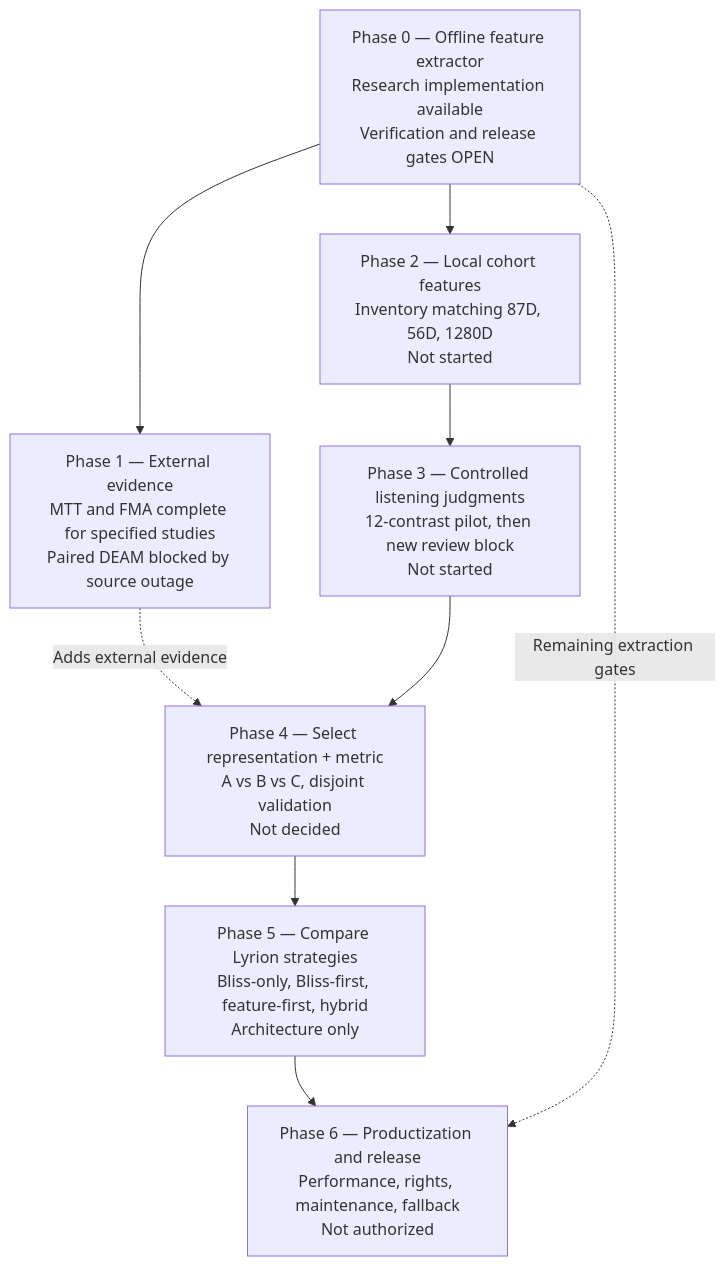
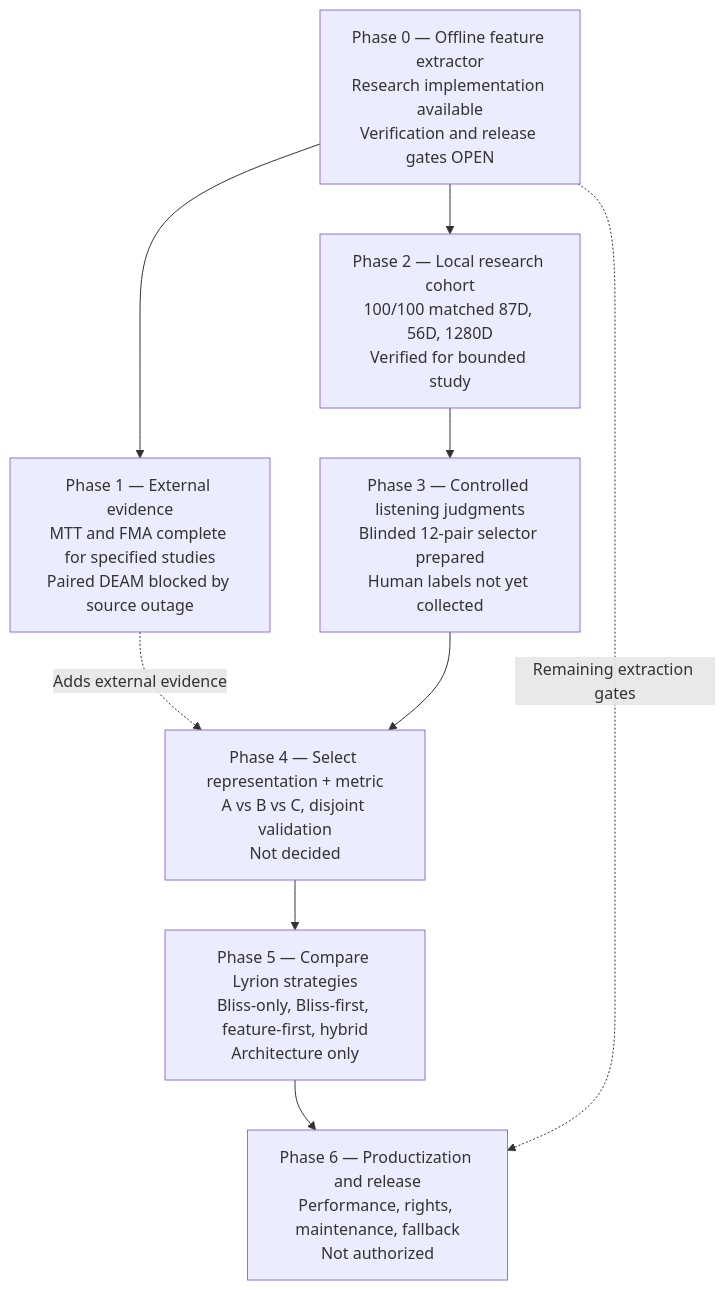
One commit to chrober/bliss-mood-poc changed the first of 4 diagrams in docs/similarity-lyrion-roadmap.md. Above: the diagram before and after it, drawn with Mermaid. The commit also changed other lines of this file, not shown here.

Commit message:
docs: mark the 100-song local A/B cohort verified and phase-3 blind pilot instrument prepared

````diff
--- a/docs/similarity-lyrion-roadmap.md
+++ b/docs/similarity-lyrion-roadmap.md
@@ -43,15 +43,15 @@
 ```mermaid
 flowchart TD
     P0["Phase 0 — Offline feature extractor<br/>Research implementation available<br/>Verification and release gates OPEN"]
     P1["Phase 1 — External evidence<br/>MTT and FMA complete for specified studies<br/>Paired DEAM blocked by source outage"]
-    P2["Phase 2 — Local cohort features<br/>Inventory matching 87D, 56D, 1280D<br/>Not started"]
-    P3["Phase 3 — Controlled listening judgments<br/>12-contrast pilot, then new review block<br/>Not started"]
+    P2["Phase 2 — Local research cohort<br/>100/100 matched 87D, 56D, 1280D<br/>Verified for bounded study"]
+    P3["Phase 3 — Controlled listening judgments<br/>Blinded 12-pair selector prepared<br/>Human labels not yet collected"]
     P4["Phase 4 — Select representation + metric<br/>A vs B vs C, disjoint validation<br/>Not decided"]
     P5["Phase 5 — Compare Lyrion strategies<br/>Bliss-only, Bliss-first, feature-first, hybrid<br/>Architecture only"]
     P6["Phase 6 — Productization and release<br/>Performance, rights, maintenance, fallback<br/>Not authorized"]
     P0 --> P1
     P0 --> P2
     P1 -. "Adds external evidence" .-> P4
     P2 --> P3 --> P4 --> P5 --> P6
     P0 -. "Remaining extraction gates" .-> P6
 ```
````
